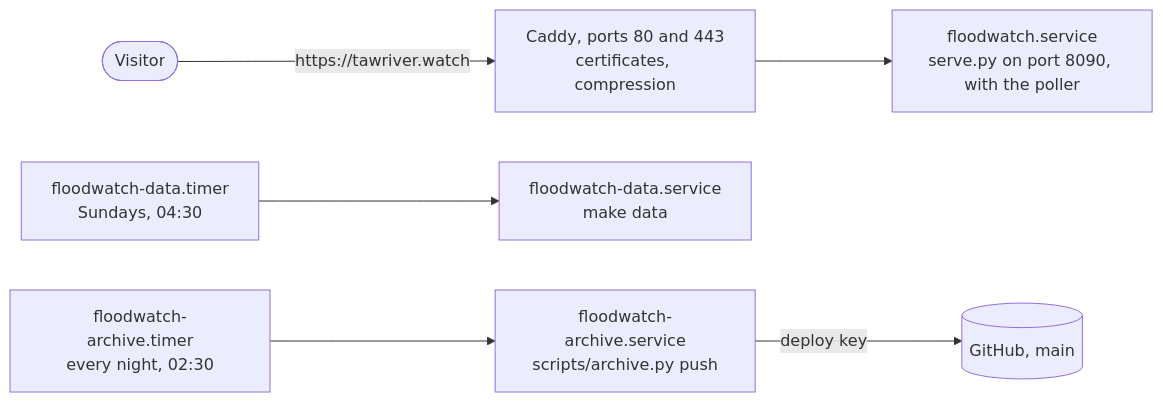
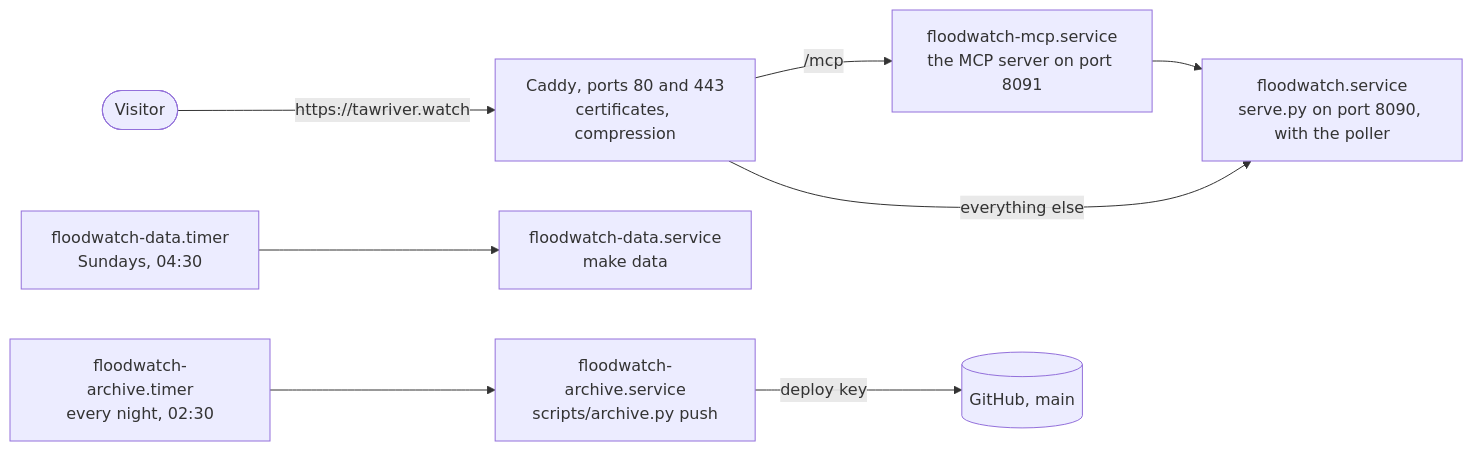
The first of 5 diagrams in README.md (aallan/floodwatch), drawn with Mermaid before and after one commit. The commit also changed other lines of this file and 8 other files, not shown here.

````diff
--- a/README.md
+++ b/README.md
@@ -130,8 +130,10 @@
 ```mermaid
 flowchart LR
   visitor(["Visitor"]) -- "https://tawriver.watch" --> caddy["Caddy, ports 80 and 443<br/>certificates, compression"]
-  caddy --> serve["floodwatch.service<br/>serve.py on port 8090, with the poller"]
+  caddy -- "/mcp" --> mcp["floodwatch-mcp.service<br/>the MCP server on port 8091"]
+  caddy -- "everything else" --> serve["floodwatch.service<br/>serve.py on port 8090, with the poller"]
+  mcp --> serve
   dtimer["floodwatch-data.timer<br/>Sundays, 04:30"] --> dsvc["floodwatch-data.service<br/>make data"]
   atimer["floodwatch-archive.timer<br/>every night, 02:30"] --> asvc["floodwatch-archive.service<br/>scripts/archive.py push"]
   asvc -- "deploy key" --> github[("GitHub, main")]
 ```
````
